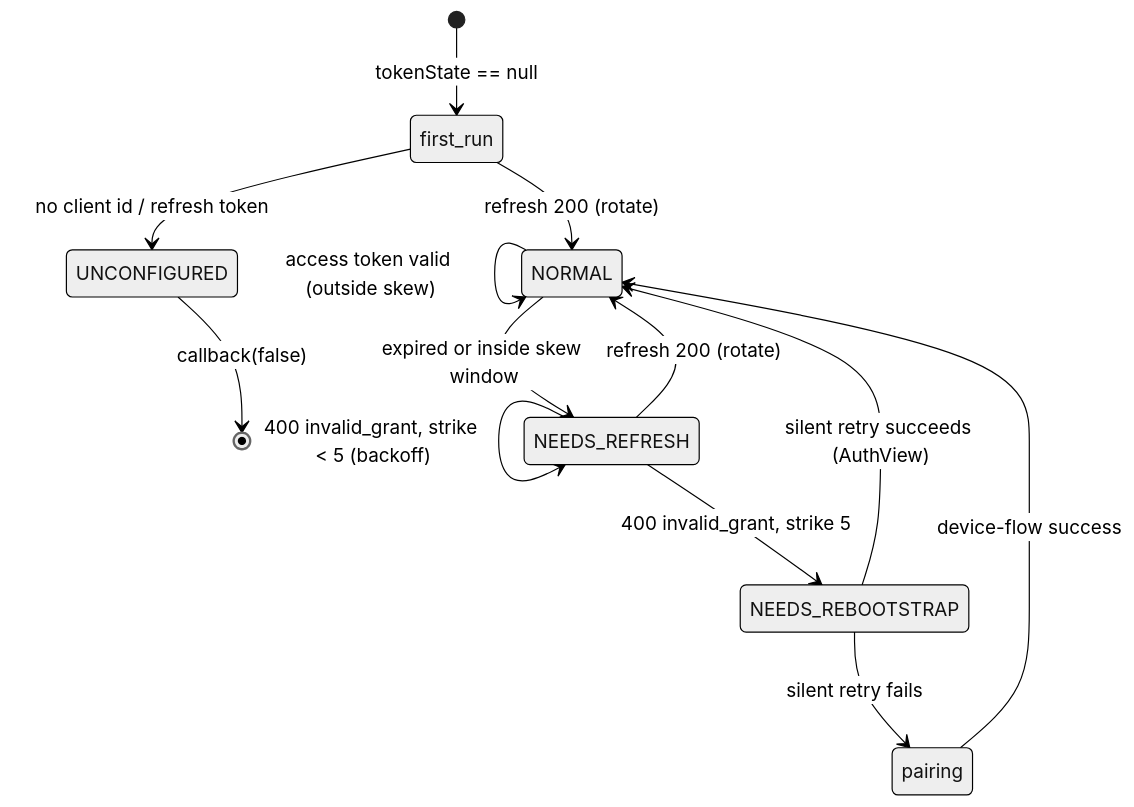
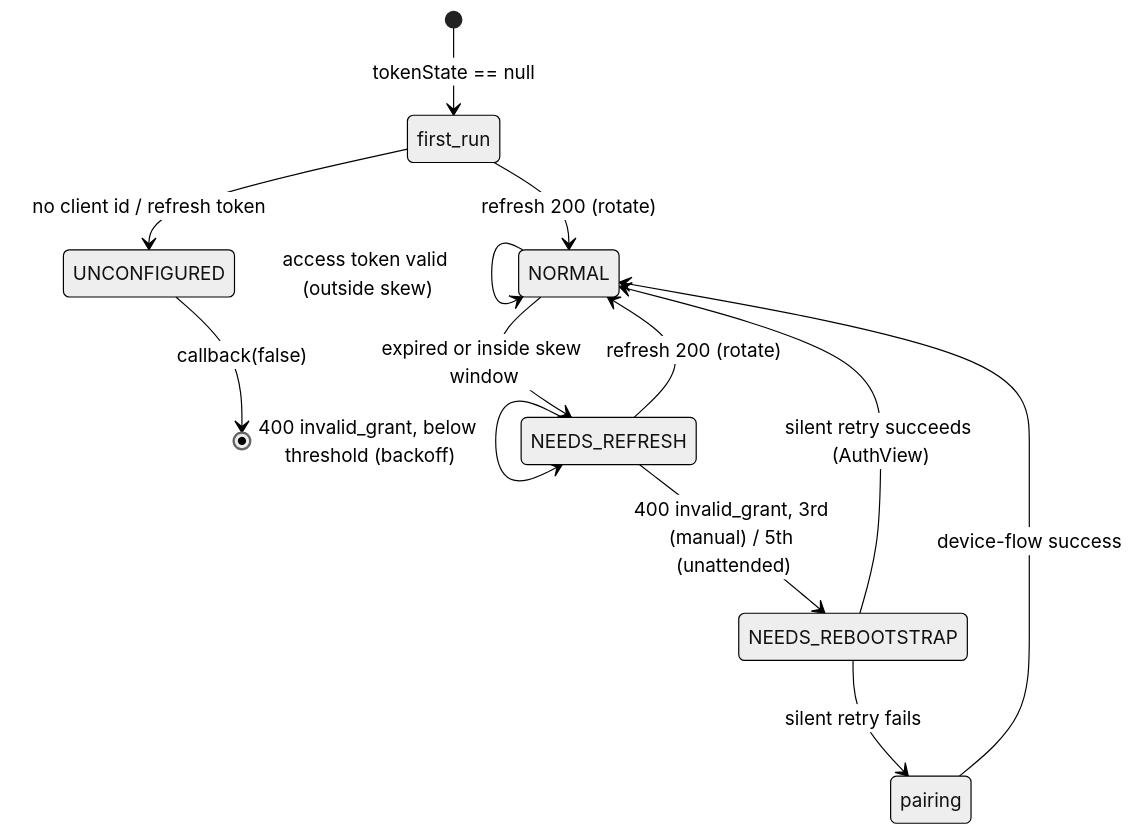
The sixth of 10 diagrams in docs/ARCHITECTURE.md (viper-sl/grm_bmw_widget), drawn with Mermaid (neutral theme) before and after one commit. The commit also changed other lines of this file and 3 other files, not shown here.

First line of the commit message:
fix(auth): split the invalid_grant threshold by who asked

````diff
--- a/docs/ARCHITECTURE.md
+++ b/docs/ARCHITECTURE.md
@@ -250,18 +250,18 @@
 ```mermaid
 stateDiagram-v2
     [*] --> first_run: tokenState == null
     first_run --> NORMAL: refresh 200 (rotate)
     first_run --> UNCONFIGURED: no client id / refresh token
 
     NORMAL --> NORMAL: access token valid (outside skew)
     NORMAL --> NEEDS_REFRESH: expired or inside skew window
     NEEDS_REFRESH --> NORMAL: refresh 200 (rotate)
     NEEDS_REFRESH --> NEEDS_REFRESH: transient 5xx / -104 (backoff)
-    NEEDS_REFRESH --> NEEDS_REFRESH: 400 invalid_grant, strike < 5 (backoff)
-    NEEDS_REFRESH --> NEEDS_REBOOTSTRAP: 400 invalid_grant, strike 5
+    NEEDS_REFRESH --> NEEDS_REFRESH: 400 invalid_grant, below threshold (backoff)
+    NEEDS_REFRESH --> NEEDS_REBOOTSTRAP: 400 invalid_grant, 3rd (manual) / 5th (unattended)
 
     UNCONFIGURED --> [*]: callback(false)
     NEEDS_REBOOTSTRAP --> NORMAL: silent retry succeeds (AuthView)
     NEEDS_REBOOTSTRAP --> pairing: silent retry fails
     pairing --> NORMAL: device-flow success
 ```
````
